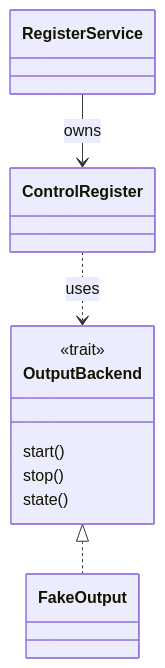
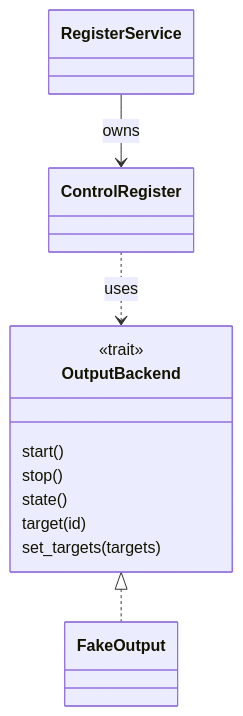
One commit to ebe542/hexaroam changed the fifth of 5 diagrams in docs/architecture/interfaces.md. Above: the diagram before and after it, drawn with Mermaid. The commit also changed other lines of this file and 12 other files, not shown here.

````diff
--- a/docs/architecture/interfaces.md
+++ b/docs/architecture/interfaces.md
@@ -130,15 +130,17 @@
 ```mermaid
 classDiagram
     class OutputBackend {
         <<trait>>
         start()
         stop()
         state()
+        target(id)
+        set_targets(targets)
     }
     class FakeOutput
     class ControlRegister
     class RegisterService
     OutputBackend <|.. FakeOutput
     ControlRegister ..> OutputBackend : uses
     RegisterService --> ControlRegister : owns
 ```
````
